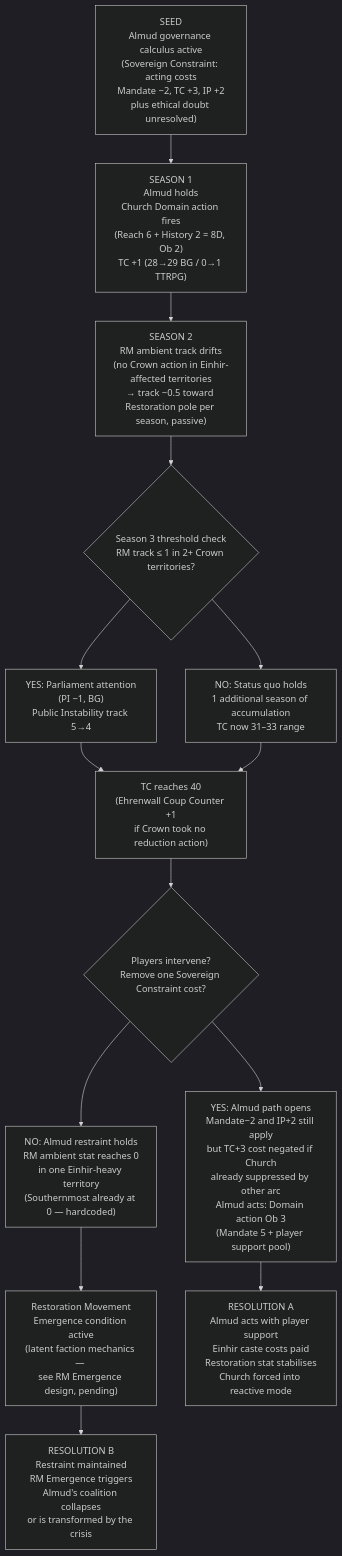
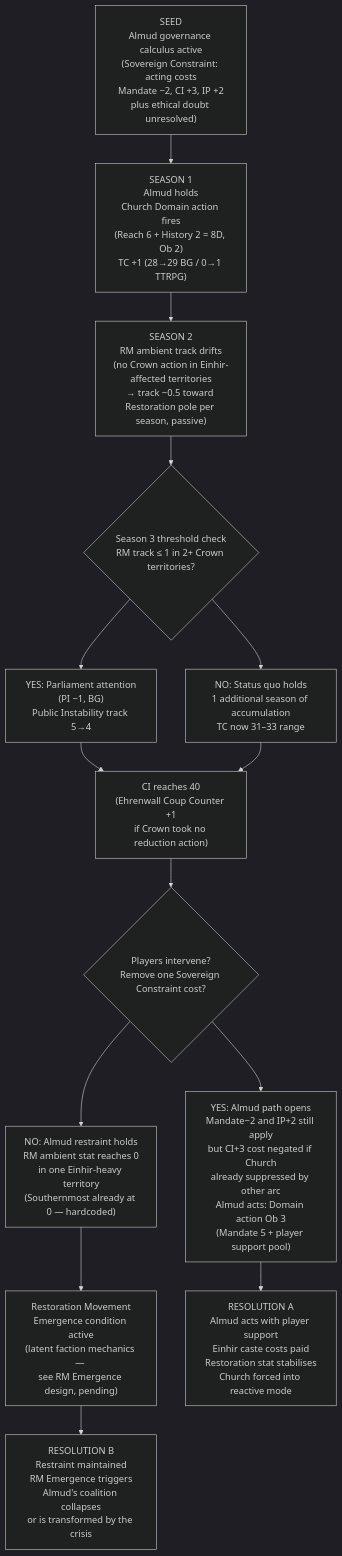
Before and after one commit to jordanelias/ttrpg: the first of 4 diagrams in designs/arcs/gm_ref/arcs_01_04.md, drawn with Mermaid (dark theme). The commit also changed other lines of this file and 59 other files, not shown here.

````diff
--- a/designs/arcs/gm_ref/arcs_01_04.md
+++ b/designs/arcs/gm_ref/arcs_01_04.md
@@ -32,23 +32,23 @@
 ```mermaid
 flowchart TD
-    A["SEED\nAlmud governance calculus active\n(Sovereign Constraint: acting costs\nMandate −2, TC +3, IP +2\nplus ethical doubt unresolved)"]
+    A["SEED\nAlmud governance calculus active\n(Sovereign Constraint: acting costs\nMandate −2, CI +3, IP +2\nplus ethical doubt unresolved)"]
     B["SEASON 1\nAlmud holds\nChurch Domain action fires\n(Reach 6 + History 2 = 8D, Ob 2)\nTC +1 (28→29 BG / 0→1 TTRPG)"]
     C["SEASON 2\nRM ambient track drifts\n(no Crown action in Einhir-affected territories\n→ track −0.5 toward Restoration pole per season, passive)"]
     D{"Season 3 threshold check\nRM track ≤ 1 in 2+ Crown territories?"}
     E["YES: Parliament attention\n(PI −1, BG)\nPublic Instability track 5→4"]
     F["NO: Status quo holds\n1 additional season of accumulation\nTC now 31–33 range"]
-    G["TC reaches 40\n(Ehrenwall Coup Counter +1\nif Crown took no reduction action)"]
+    G["CI reaches 40\n(Ehrenwall Coup Counter +1\nif Crown took no reduction action)"]
     H{"Players intervene?\nRemove one Sovereign Constraint cost?"}
-    I["YES: Almud path opens\nMandate−2 and IP+2 still apply\nbut TC+3 cost negated if Church\nalready suppressed by other arc\nAlmud acts: Domain action Ob 3\n(Mandate 5 + player support pool)"]
+    I["YES: Almud path opens\nMandate−2 and IP+2 still apply\nbut CI+3 cost negated if Church\nalready suppressed by other arc\nAlmud acts: Domain action Ob 3\n(Mandate 5 + player support pool)"]
     J["NO: Almud restraint holds\nRM ambient stat reaches 0\nin one Einhir-heavy territory\n(Southernmost already at 0 — hardcoded)"]
     K["Restoration Movement\nEmergence condition active\n(latent faction mechanics — \nsee RM Emergence design, pending)"]
     L["RESOLUTION A\nAlmud acts with player support\nEinhir caste costs paid\nRestoration stat stabilises\nChurch forced into reactive mode"]
     M["RESOLUTION B\nRestraint maintained\nRM Emergence triggers\nAlmud's coalition collapses\nor is transformed by the crisis"]
 
     A --> B --> C --> D
     D --> E --> G
     D --> F --> G
     G --> H
     H --> I --> L
     H --> J --> K --> M
 ```
````
